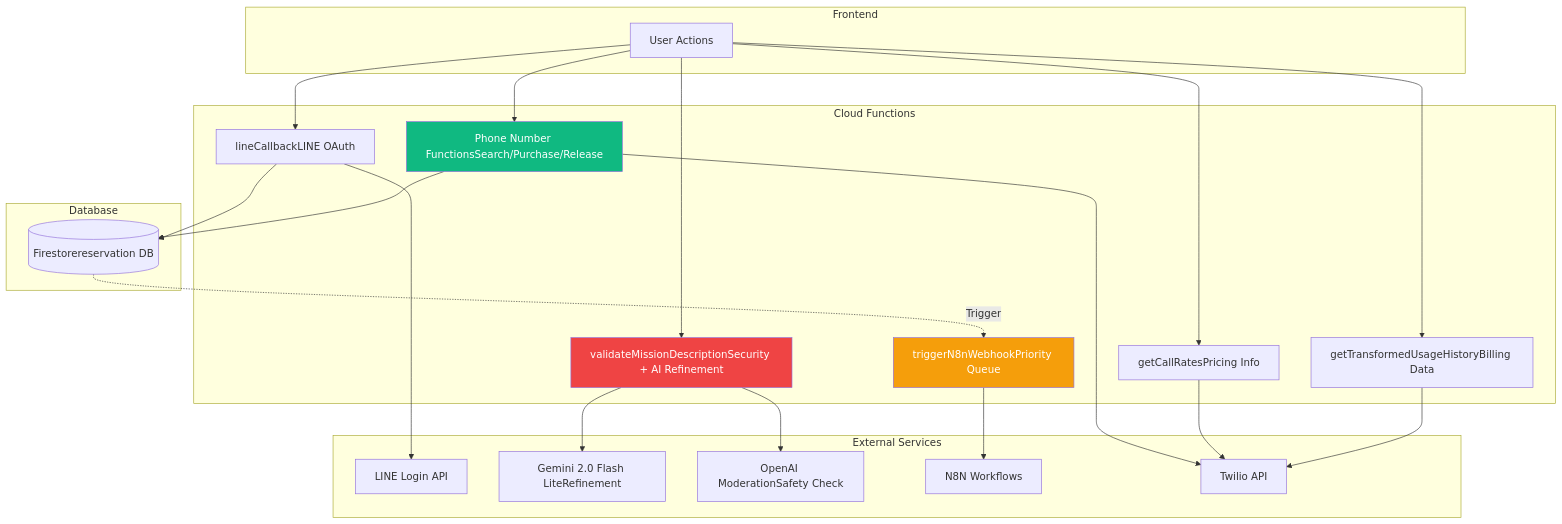
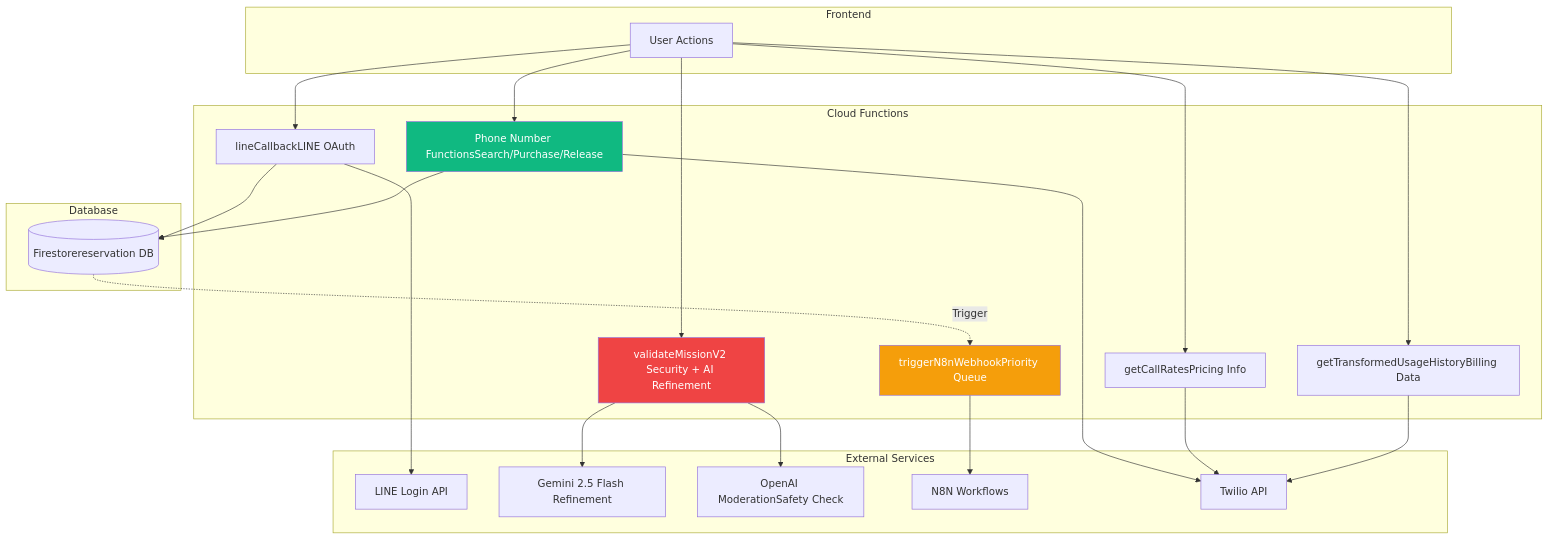
One commit to slps20425/yihsuanlee.github.io changed the first of 5 diagrams in knowledge/vapi-upload/cloud-functions.md. Above: the diagram before and after it, drawn with Mermaid. The commit also changed other lines of this file and 11 other files, not shown here.

````diff
--- a/knowledge/vapi-upload/cloud-functions.md
+++ b/knowledge/vapi-upload/cloud-functions.md
@@ -13,50 +13,50 @@
 ```mermaid
 graph TB
     subgraph "Frontend"
         User[User Actions]
     end
     
     subgraph "Cloud Functions"
         Auth[lineCallbackLINE OAuth]
-        Validation[validateMissionDescriptionSecurity + AI Refinement]
+        Validation[validateMissionV2 Security + AI Refinement]
         Dispatcher[triggerN8nWebhookPriority Queue]
         Phone[Phone Number FunctionsSearch/Purchase/Release]
         Rates[getCallRatesPricing Info]
         Usage[getTransformedUsageHistoryBilling Data]
     end
     
     subgraph "External Services"
         LINE[LINE Login API]
-        Gemini[Gemini 2.0 Flash LiteRefinement]
+        Gemini[Gemini 2.5 Flash Refinement]
         OpenAI[OpenAI ModerationSafety Check]
         N8N[N8N Workflows]
         Twilio[Twilio API]
     end
     
     subgraph "Database"
         Firestore[(Firestorereservation DB)]
     end
     
     User --> Auth
     User --> Validation
     User --> Phone
     User --> Rates
     User --> Usage
     
     Auth --> LINE
     Validation --> Gemini
     Validation --> OpenAI
     Dispatcher --> N8N
     Phone --> Twilio
     Rates --> Twilio
     Usage --> Twilio
     
     Firestore -.Trigger.-> Dispatcher
     
     Auth --> Firestore
     Phone --> Firestore
     
     style Dispatcher fill:#f59e0b,color:#fff
     style Validation fill:#ef4444,color:#fff
     style Phone fill:#10b981,color:#fff
 ```
````
